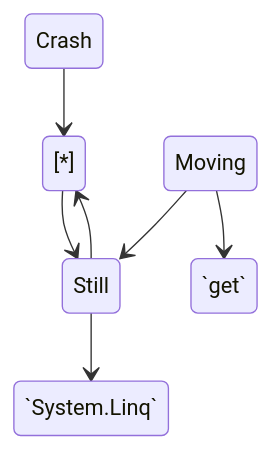
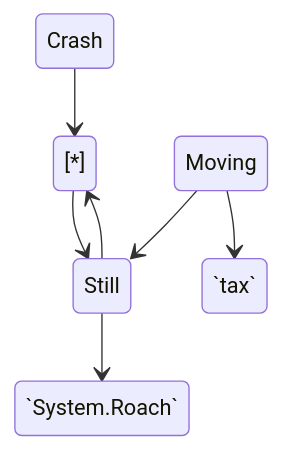
The first of 2 diagrams in .swm/marmaid-draft.gby47omg.sw.md (swimmio/csharp-shaul-test), drawn with Mermaid before and after one commit. The commit also changed other lines of this file, not shown here.

````diff
--- a/.swm/marmaid-draft.gby47omg.sw.md
+++ b/.swm/marmaid-draft.gby47omg.sw.md
@@ -9,10 +9,10 @@
 ```mermaid
 stateDiagram-v2
 [\*] --> Still
 Still --> [\*]
-Still --> `System.Linq`
+Still --> `System.Roach`
 Moving --> Still
-Moving --> `get`
+Moving --> `tax`
 Crash --> [\*]
 
 ```
````
